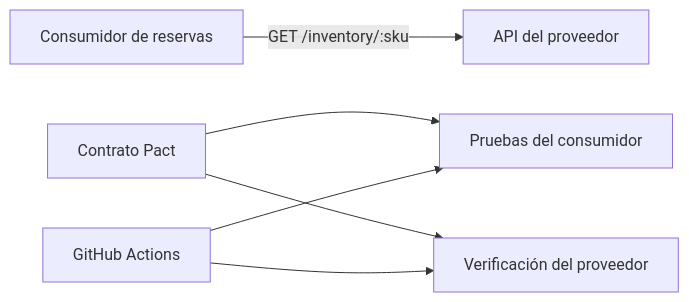
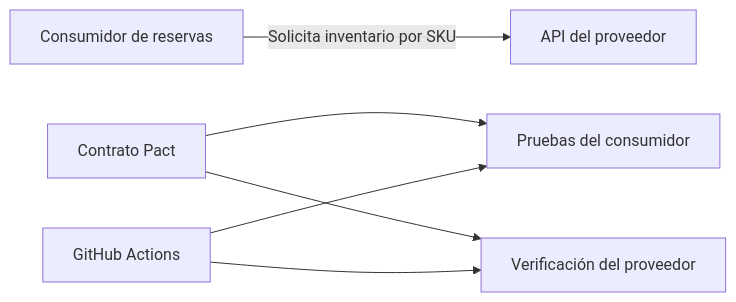
Before and after one commit to mchiroyl/Pact-Consumer-Provider-Validation: the first of 4 diagrams in README.md, drawn with Mermaid. The commit also changed other lines of this file, not shown here.

Commit message:
Ajuste final del README con diagramas en español

````diff
--- a/README.md
+++ b/README.md
@@ -15,8 +17,8 @@
 ```mermaid
 flowchart LR
-    A[Consumidor de reservas] -->|GET /inventory/:sku| B[API del proveedor]
+    A[Consumidor de reservas] -->|Solicita inventario por SKU| B[API del proveedor]
     C[Contrato Pact] --> D[Pruebas del consumidor]
     C --> E[Verificación del proveedor]
     F[GitHub Actions] --> D
     F --> E
 ```
````
